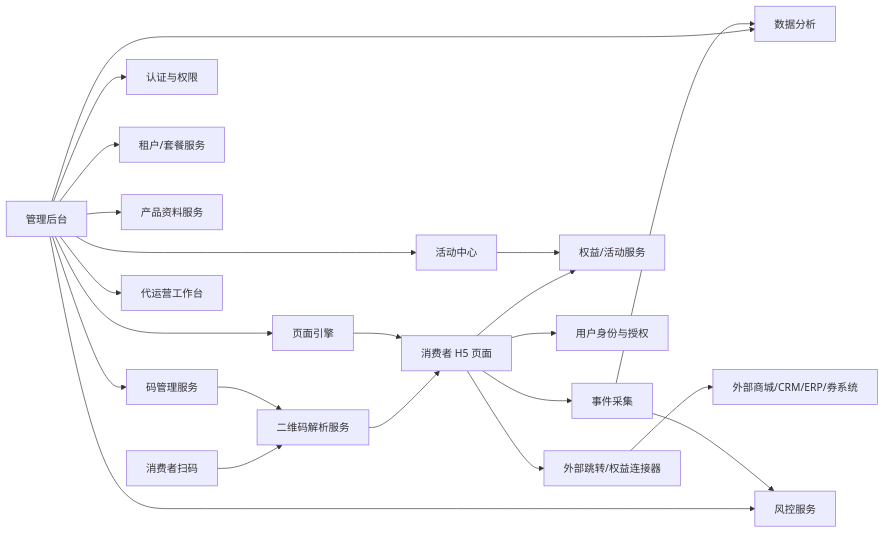
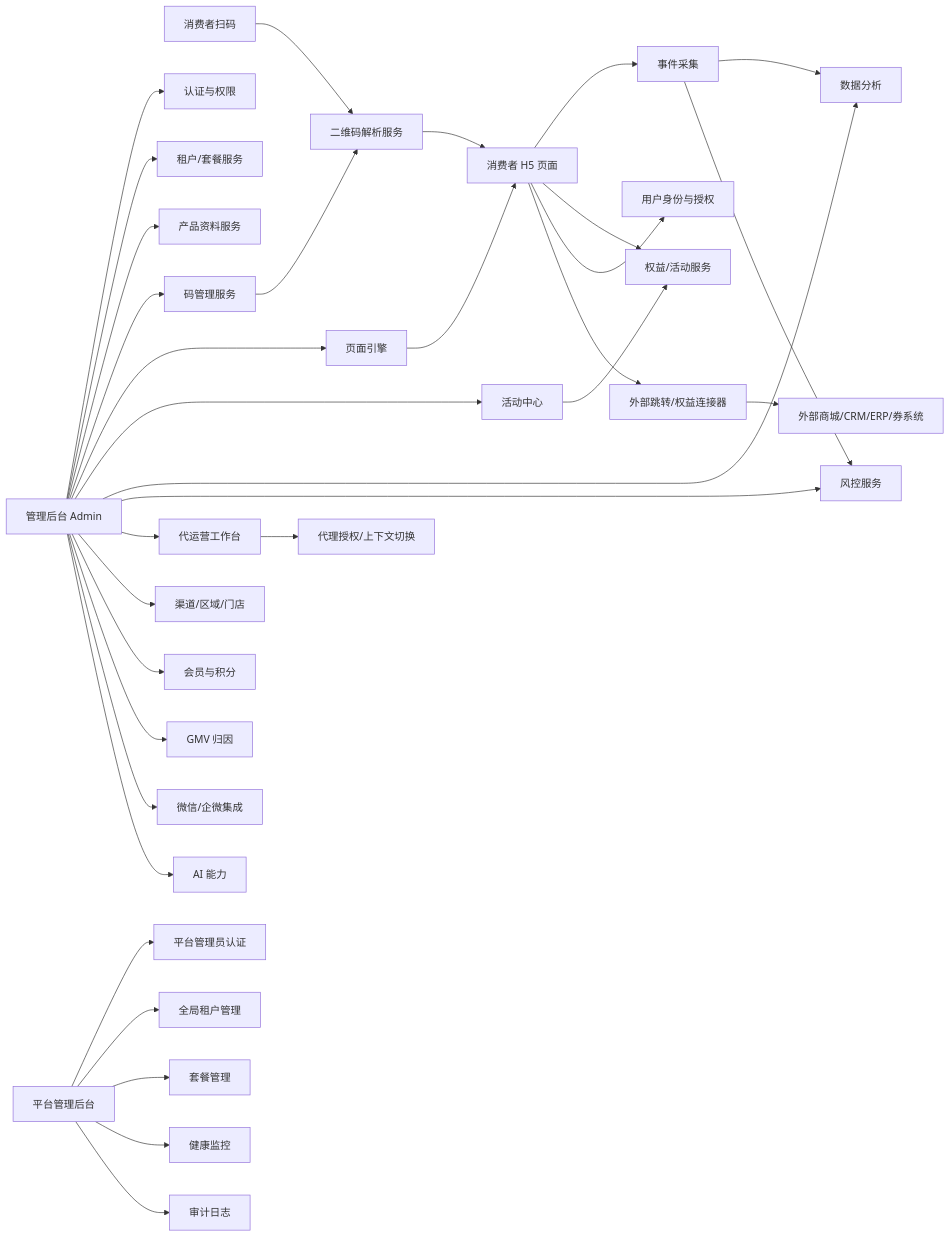
One commit to dingshanliang/yimatong changed the first of 2 diagrams in docs/02_tech/ARCHITECTURE.md. Above: the diagram before and after it, drawn with Mermaid. The commit also changed other lines of this file and 43 other files, not shown here.

````diff
--- a/docs/02_tech/ARCHITECTURE.md
+++ b/docs/02_tech/ARCHITECTURE.md
@@ -35,26 +37,38 @@
 ```mermaid
 flowchart LR
   C[消费者扫码] --> R[二维码解析服务]
   R --> H5[消费者 H5 页面]
   H5 --> E[事件采集]
   H5 --> B[权益/活动服务]
   H5 --> U[用户身份与授权]
   H5 --> X[外部跳转/权益连接器]
 
-  Admin[管理后台] --> Auth[认证与权限]
+  Admin[管理后台 Admin] --> Auth[认证与权限]
   Admin --> Tenant[租户/套餐服务]
   Admin --> Product[产品资料服务]
   Admin --> Code[码管理服务]
   Admin --> Page[页面引擎]
   Admin --> Campaign[活动中心]
   Admin --> BI[数据分析]
   Admin --> Risk[风控服务]
   Admin --> Ops[代运营工作台]
+  Admin --> Channel[渠道/区域/门店]
+  Admin --> Member[会员与积分]
+  Admin --> GMV[GMV 归因]
+  Admin --> WeChat[微信/企微集成]
+  Admin --> AI[AI 能力]
 
+  Platform[平台管理后台] --> PAuth[平台管理员认证]
+  Platform --> PTenant[全局租户管理]
+  Platform --> PPlan[套餐管理]
+  Platform --> PHealth[健康监控]
+  Platform --> PAudit[审计日志]
+
+  Ops --> Agency[代理授权/上下文切换]
   Code --> R
   Page --> H5
   Campaign --> B
   E --> BI
   E --> Risk
   X --> Third[外部商城/CRM/ERP/券系统]
 ```
````
